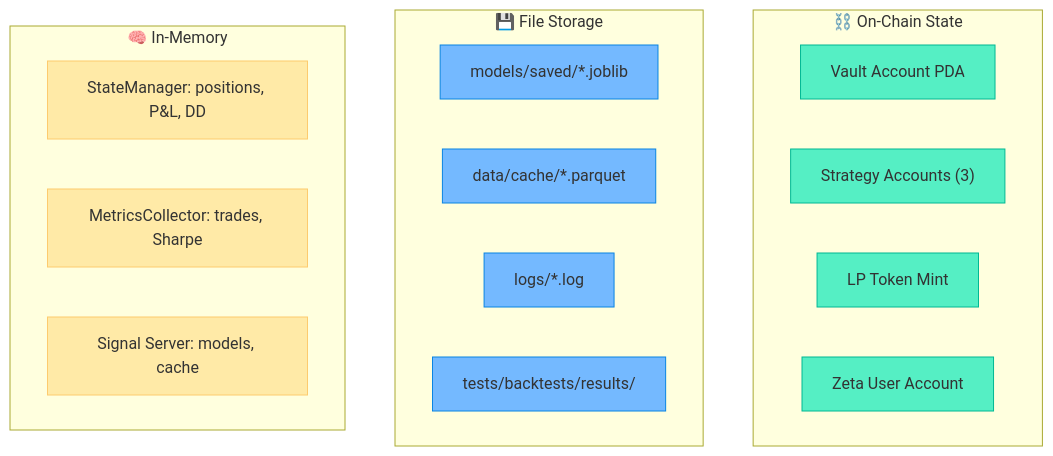
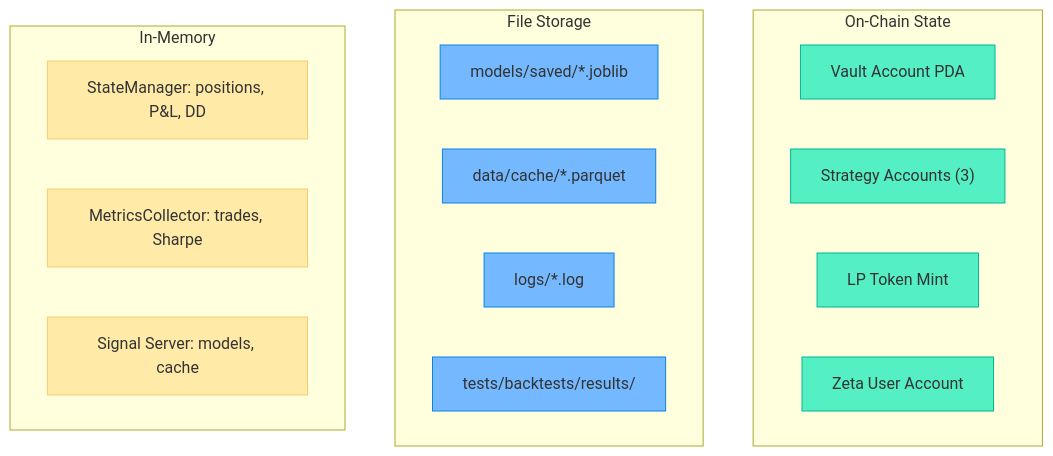
Before and after one commit to Ashutosh0x/ranger-ai-vault: diagram 16 of 20 in docs/ARCHITECTURE.md, drawn with Mermaid. The commit also changed other lines of this file and 71 other files, not shown here.

````diff
--- a/docs/ARCHITECTURE.md
+++ b/docs/ARCHITECTURE.md
@@ -1017,30 +1017,30 @@
 ```mermaid
 graph TB
-    subgraph OnChain["⛓️ On-Chain State"]
-        VS["Vault Account PDA"]
-        SS1["Strategy Accounts (3)"]
-        LP["LP Token Mint"]
-        ZetaUser["Zeta User Account"]
-    end
+ subgraph OnChain[" On-Chain State"]
+ VS["Vault Account PDA"]
+ SS1["Strategy Accounts (3)"]
+ LP["LP Token Mint"]
+ ZetaUser["Zeta User Account"]
+ end
 
-    subgraph FileStorage["💾 File Storage"]
-        Models["models/saved/*.joblib"]
-        DataCache["data/cache/*.parquet"]
-        LogFiles["logs/*.log"]
-        Results["tests/backtests/results/"]
-    end
+ subgraph FileStorage[" File Storage"]
+ Models["models/saved/*.joblib"]
+ DataCache["data/cache/*.parquet"]
+ LogFiles["logs/*.log"]
+ Results["tests/backtests/results/"]
+ end
 
-    subgraph InMemory["🧠 In-Memory"]
-        KeeperState["StateManager: positions, P&L, DD"]
-        MetricsState["MetricsCollector: trades, Sharpe"]
-        SignalState["Signal Server: models, cache"]
-    end
+ subgraph InMemory[" In-Memory"]
+ KeeperState["StateManager: positions, P&L, DD"]
+ MetricsState["MetricsCollector: trades, Sharpe"]
+ SignalState["Signal Server: models, cache"]
+ end
 
-    classDef chain fill:#55efc4,stroke:#00b894
-    classDef file fill:#74b9ff,stroke:#0984e3
-    classDef memory fill:#ffeaa7,stroke:#fdcb6e
+ classDef chain fill:#55efc4,stroke:#00b894
+ classDef file fill:#74b9ff,stroke:#0984e3
+ classDef memory fill:#ffeaa7,stroke:#fdcb6e
 
-    class VS,SS1,LP,ZetaUser chain
-    class Models,DataCache,LogFiles,Results file
-    class KeeperState,MetricsState,SignalState memory
+ class VS,SS1,LP,ZetaUser chain
+ class Models,DataCache,LogFiles,Results file
+ class KeeperState,MetricsState,SignalState memory
 ```
````
